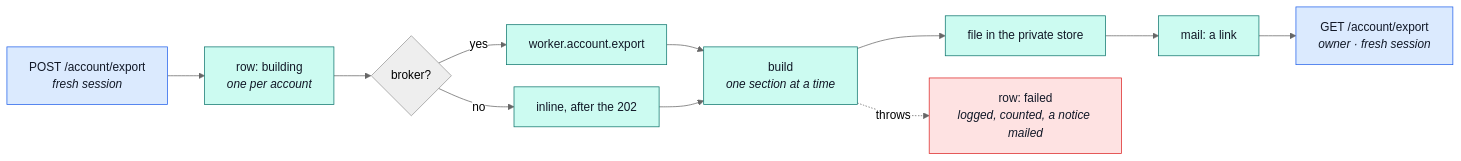
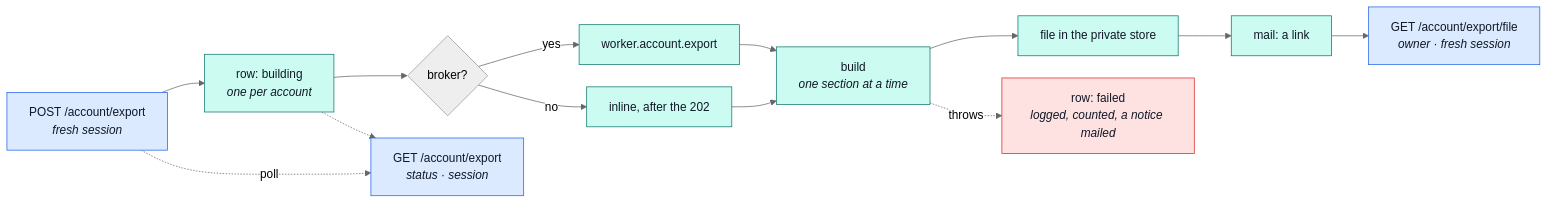
Before and after one commit to Guebbit/boilerplate-node-backend: the fifth of 5 diagrams in docs/modules/account.md, drawn with Mermaid (neutral theme). The commit also changed other lines of this file and 38 other files, not shown here.

First line of the commit message:
feat(account-locales): one Language shape, a data export status, 204 on address delete

````diff
--- a/docs/modules/account.md
+++ b/docs/modules/account.md
@@ -281,21 +281,23 @@
 ```mermaid
 %%{init: {'flowchart': {'nodeSpacing': 30, 'rankSpacing': 50}}}%%
 flowchart LR
     A["POST /account/export<br/><i>fresh session</i>"] --> R["row: building<br/><i>one per account</i>"]
     R --> Q{"broker?"}
     Q -->|yes| W["worker.account.export"]
     Q -->|no| I["inline, after the 202"]
     W --> B["build<br/><i>one section at a time</i>"]
     I --> B
     B --> F["file in the private store"]
     F --> M["mail: a link"]
-    M --> D["GET /account/export<br/><i>owner · fresh session</i>"]
+    M --> D["GET /account/export/file<br/><i>owner · fresh session</i>"]
+    A -. "poll" .-> S["GET /account/export<br/><i>status · session</i>"]
+    R -.-> S
     B -. "throws" .-> X["row: failed<br/><i>logged, counted, a notice mailed</i>"]
 
     classDef entry fill:#dbeafe,stroke:#2563eb,color:#111827;
     classDef warn fill:#fee2e2,stroke:#dc2626,color:#111827;
     classDef done fill:#ccfbf1,stroke:#0f766e,color:#111827;
-    class A,D entry;
+    class A,D,S entry;
     class X warn;
     class R,W,I,B,F,M done;
 ```
````
